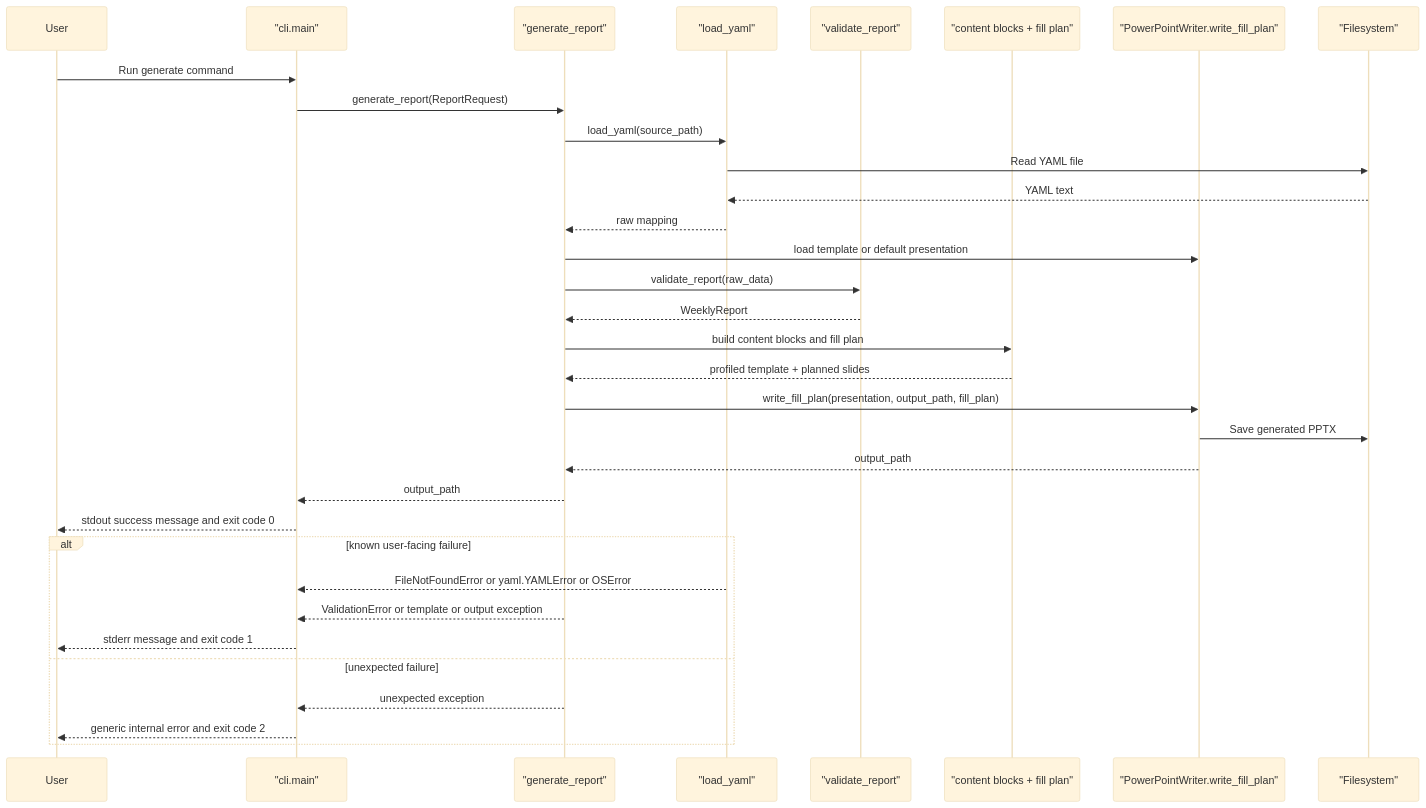
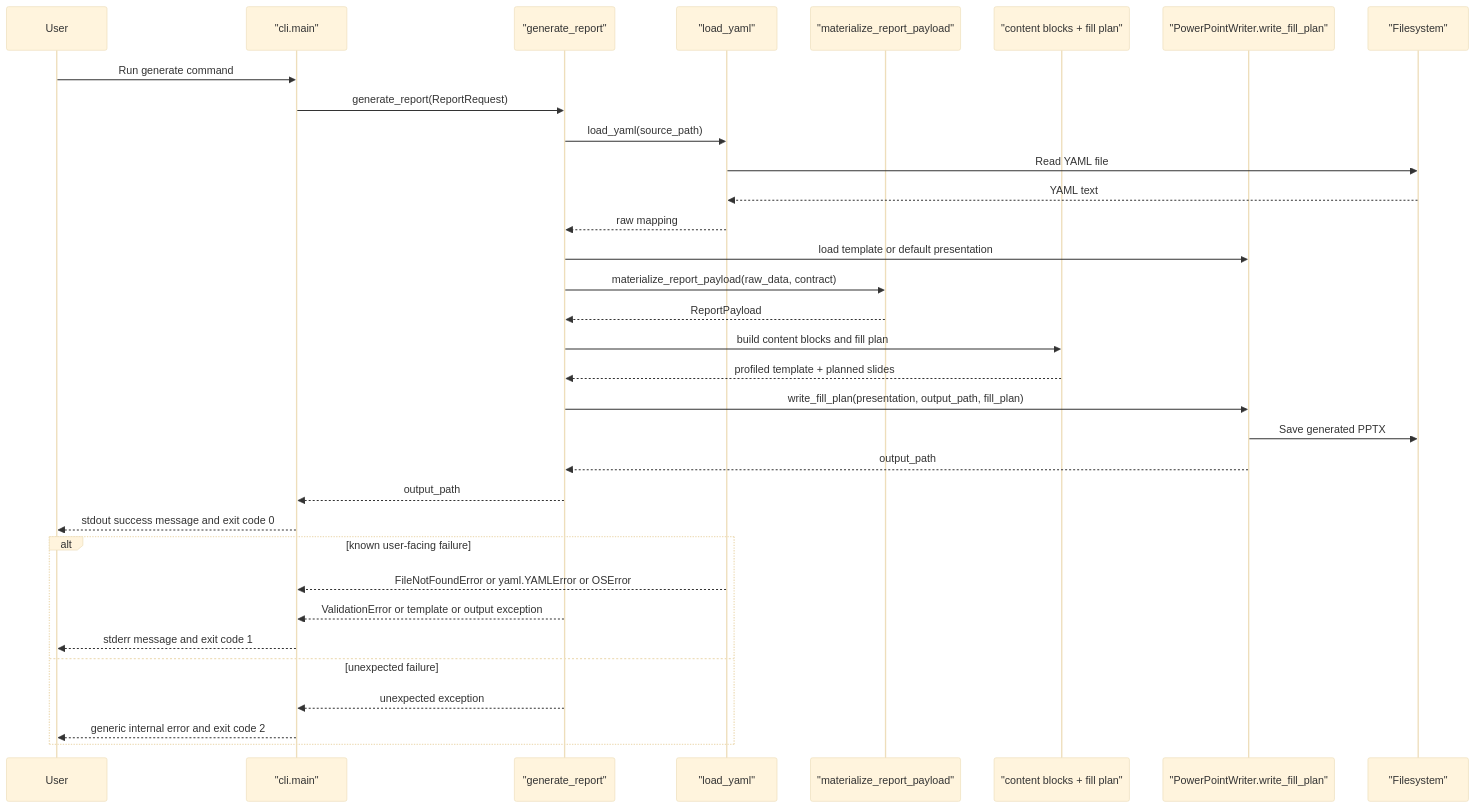
One commit to tubtrb/autoreport changed the diagram in docs/architecture/cli-sequence.md. Above: the diagram before and after it, drawn with Mermaid (base theme). The commit also changed 30 other files, not shown here.

Commit message:
sync repo guidance with current contract flow

````diff
--- a/docs/architecture/cli-sequence.md
+++ b/docs/architecture/cli-sequence.md
@@ -5,37 +5,37 @@
 ```mermaid
 sequenceDiagram
     participant User
     participant CLI as "cli.main"
     participant Generator as "generate_report"
     participant Loader as "load_yaml"
-    participant Validator as "validate_report"
+    participant Payload as "materialize_report_payload"
     participant Template as "content blocks + fill plan"
     participant Writer as "PowerPointWriter.write_fill_plan"
     participant FS as "Filesystem"
 
     User->>CLI: Run generate command
     CLI->>Generator: generate_report(ReportRequest)
     Generator->>Loader: load_yaml(source_path)
     Loader->>FS: Read YAML file
     FS-->>Loader: YAML text
     Loader-->>Generator: raw mapping
     Generator->>Writer: load template or default presentation
-    Generator->>Validator: validate_report(raw_data)
-    Validator-->>Generator: WeeklyReport
+    Generator->>Payload: materialize_report_payload(raw_data, contract)
+    Payload-->>Generator: ReportPayload
     Generator->>Template: build content blocks and fill plan
     Template-->>Generator: profiled template + planned slides
     Generator->>Writer: write_fill_plan(presentation, output_path, fill_plan)
     Writer->>FS: Save generated PPTX
     Writer-->>Generator: output_path
     Generator-->>CLI: output_path
     CLI-->>User: stdout success message and exit code 0
 
     alt known user-facing failure
         Loader-->>CLI: FileNotFoundError or yaml.YAMLError or OSError
         Generator-->>CLI: ValidationError or template or output exception
         CLI-->>User: stderr message and exit code 1
     else unexpected failure
         Generator-->>CLI: unexpected exception
         CLI-->>User: generic internal error and exit code 2
     end
 ```
````
